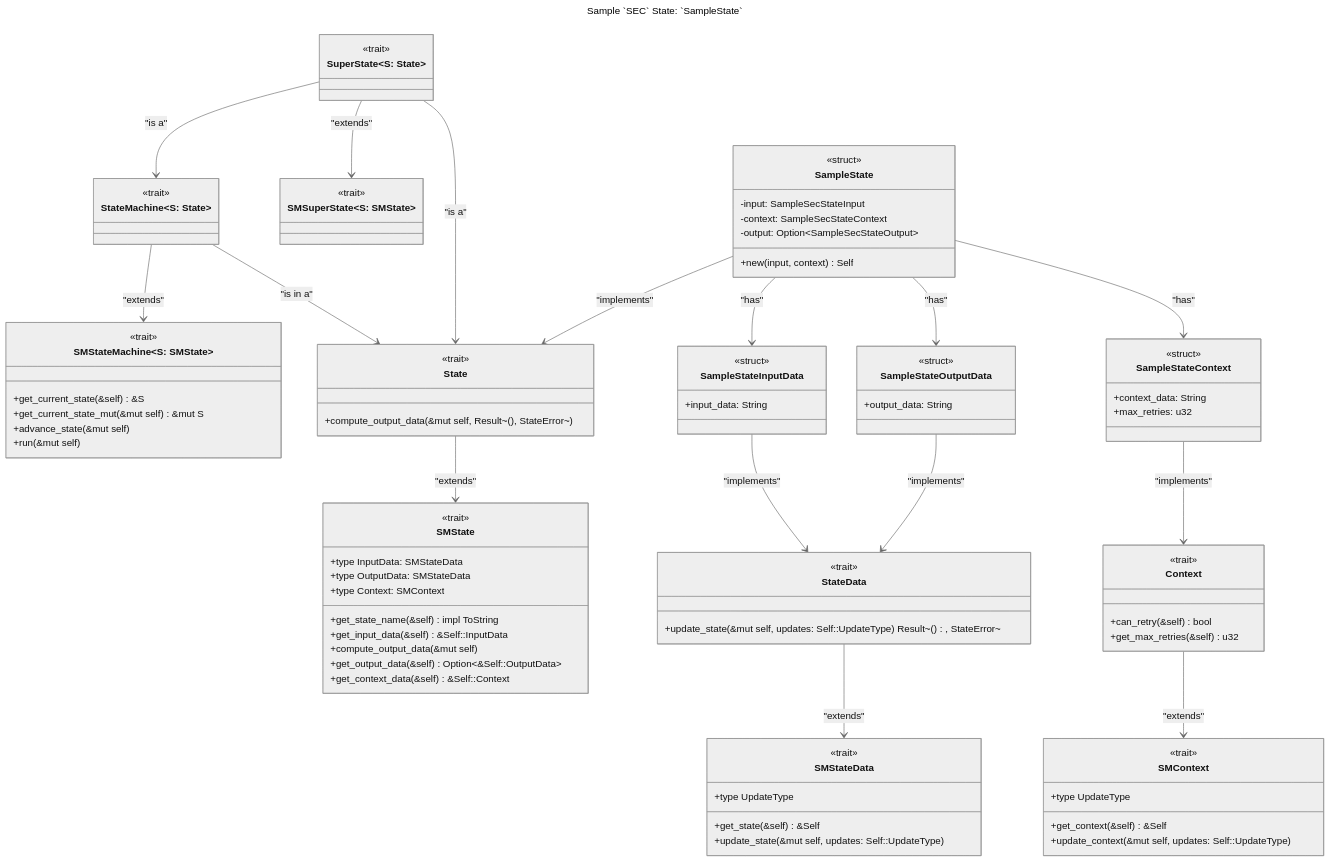
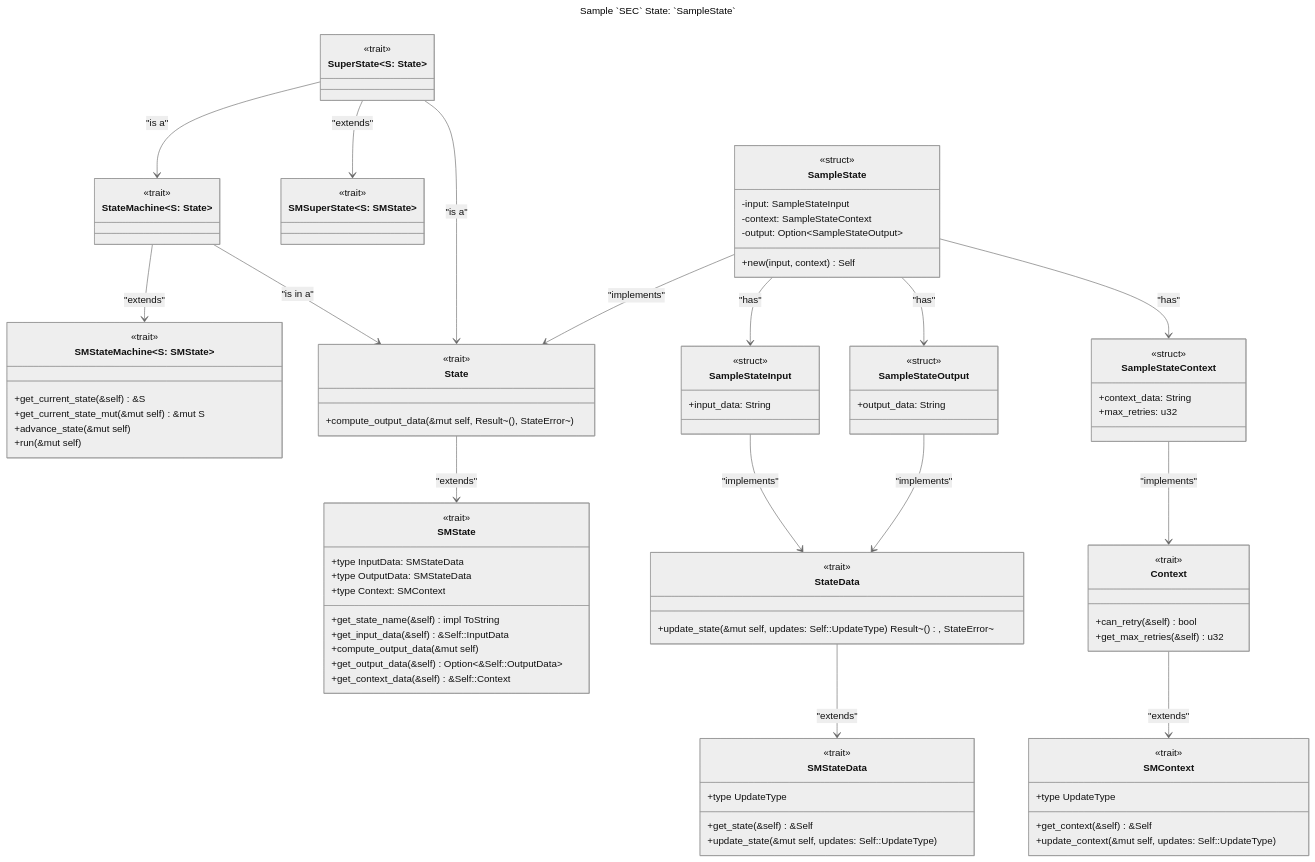
Before and after one commit to ironcapitaleu/arkad: the second of 3 diagrams in README.md, drawn with Mermaid (neutral theme). The commit also changed other lines of this file and 109 other files, not shown here.

````diff
--- a/README.md
+++ b/README.md
@@ -105,16 +105,16 @@
     }
     class SampleState {
         <<struct>>
-        -input: SampleSecStateInput
-        -context: SampleSecStateContext
-        -output: Option~SampleSecStateOutput~
+        -input: SampleStateInput
+        -context: SampleStateContext
+        -output: Option~SampleStateOutput~
         +new(input, context) Self
     }
-    class SampleStateInputData {
+    class SampleStateInput {
         <<struct>>
         +input_data: String
     }
-    class SampleStateOutputData {
+    class SampleStateOutput {
         <<struct>>
         +output_data: String
     }
@@ -132,10 +132,10 @@
     StateData --> SMStateData : "extends"
     Context --> SMContext : "extends"
     SampleState --> State : "implements"
-    SampleStateInputData --> StateData : "implements"
-    SampleStateOutputData --> StateData : "implements"
+    SampleStateInput --> StateData : "implements"
+    SampleStateOutput --> StateData : "implements"
     SampleStateContext --> Context : "implements"
-    SampleState --> SampleStateInputData : "has"
-    SampleState --> SampleStateOutputData : "has"
+    SampleState --> SampleStateInput : "has"
+    SampleState --> SampleStateOutput : "has"
     SampleState --> SampleStateContext : "has"
 ```
````
